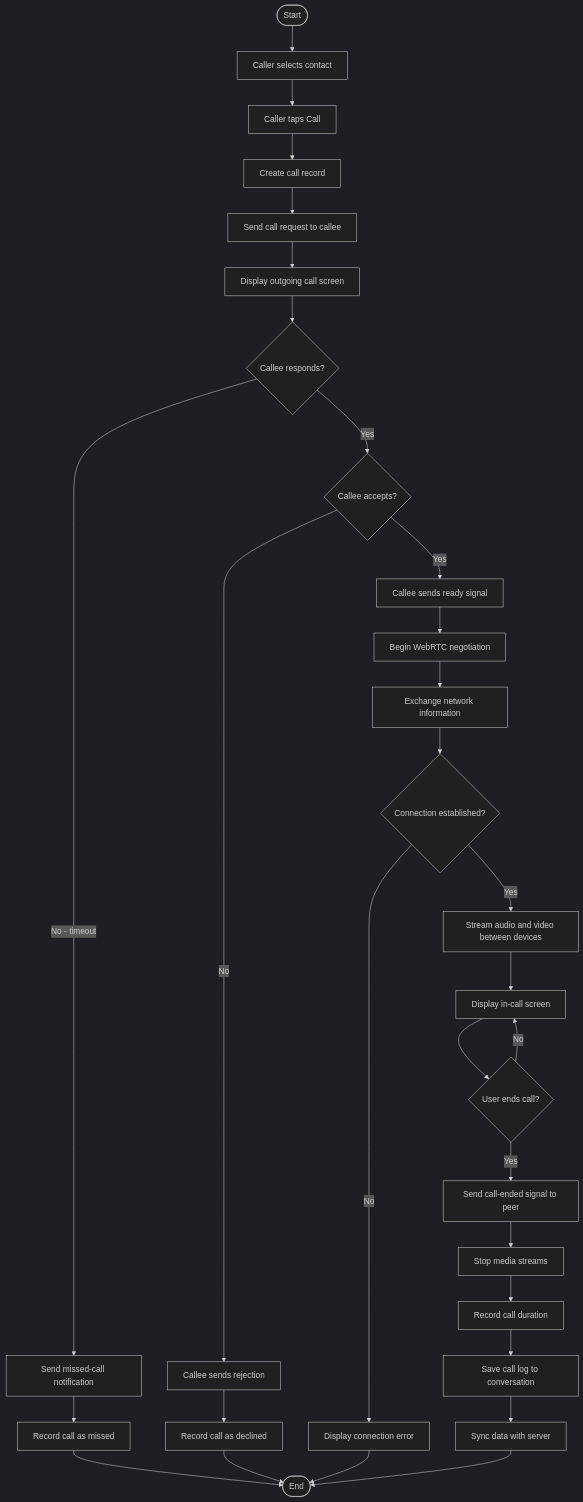
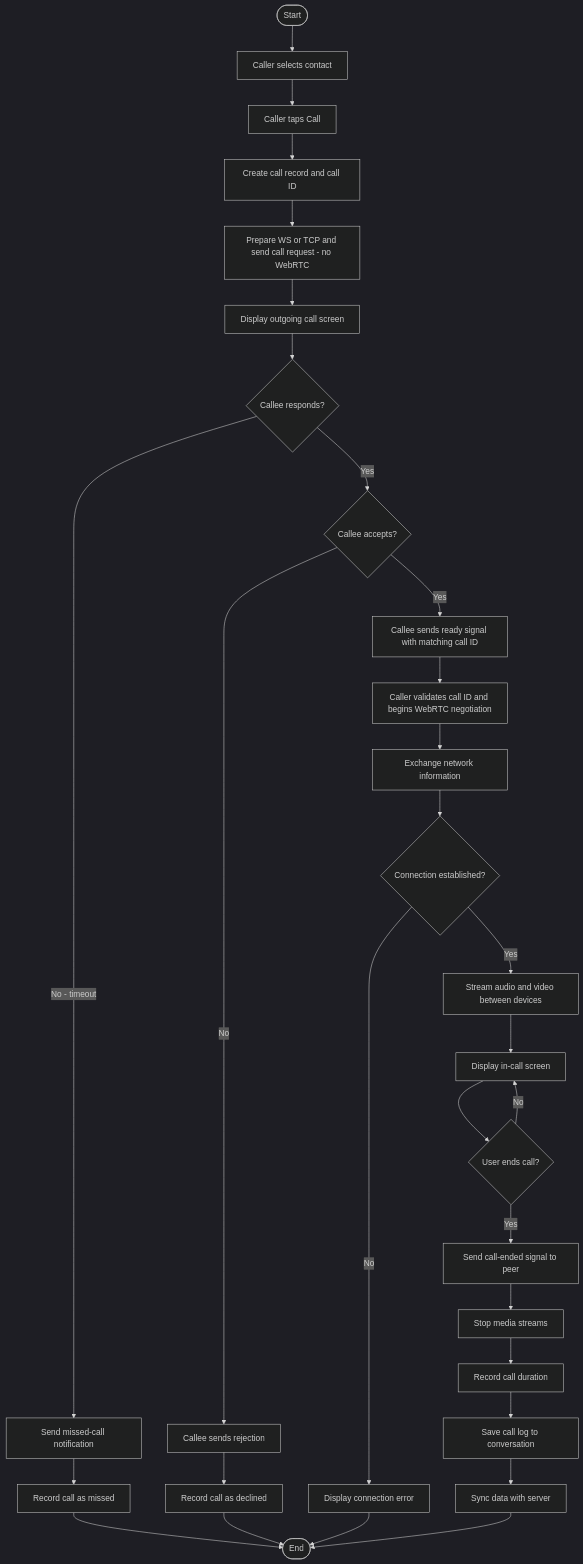
One commit to SAPOT-System/YLP-software changed the diagram in mobile-app/sapot-mobile-app/docs/diagrams/03-call-flow.md. Above: the diagram before and after it, drawn with Mermaid (dark theme). The commit also changed 26 other files, not shown here.

````diff
--- a/mobile-app/sapot-mobile-app/docs/diagrams/03-call-flow.md
+++ b/mobile-app/sapot-mobile-app/docs/diagrams/03-call-flow.md
@@ -7,37 +7,37 @@
 ```mermaid
 flowchart TD
     A([Start]) --> B[Caller selects contact]
     B --> C[Caller taps Call]
-    C --> D[Create call record]
-    D --> E[Send call request to callee]
+    C --> D[Create call record and call ID]
+    D --> E[Prepare WS or TCP and send call request - no WebRTC]
     E --> F[Display outgoing call screen]
     F --> G{Callee responds?}
 
     G -->|No - timeout| H[Send missed-call notification]
     H --> I[Record call as missed]
     I --> Z([End])
 
     G -->|Yes| J{Callee accepts?}
     J -->|No| K[Callee sends rejection]
     K --> L[Record call as declined]
     L --> Z
 
-    J -->|Yes| M[Callee sends ready signal]
-    M --> N[Begin WebRTC negotiation]
+    J -->|Yes| M[Callee sends ready signal with matching call ID]
+    M --> N[Caller validates call ID and begins WebRTC negotiation]
     N --> O[Exchange network information]
     O --> P{Connection established?}
 
     P -->|No| Q[Display connection error]
     Q --> Z
 
     P -->|Yes| R[Stream audio and video between devices]
     R --> S[Display in-call screen]
     S --> T{User ends call?}
     T -->|No| S
     T -->|Yes| U[Send call-ended signal to peer]
     U --> V[Stop media streams]
     V --> W[Record call duration]
     W --> X[Save call log to conversation]
     X --> Y[Sync data with server]
     Y --> Z
 ```
````
